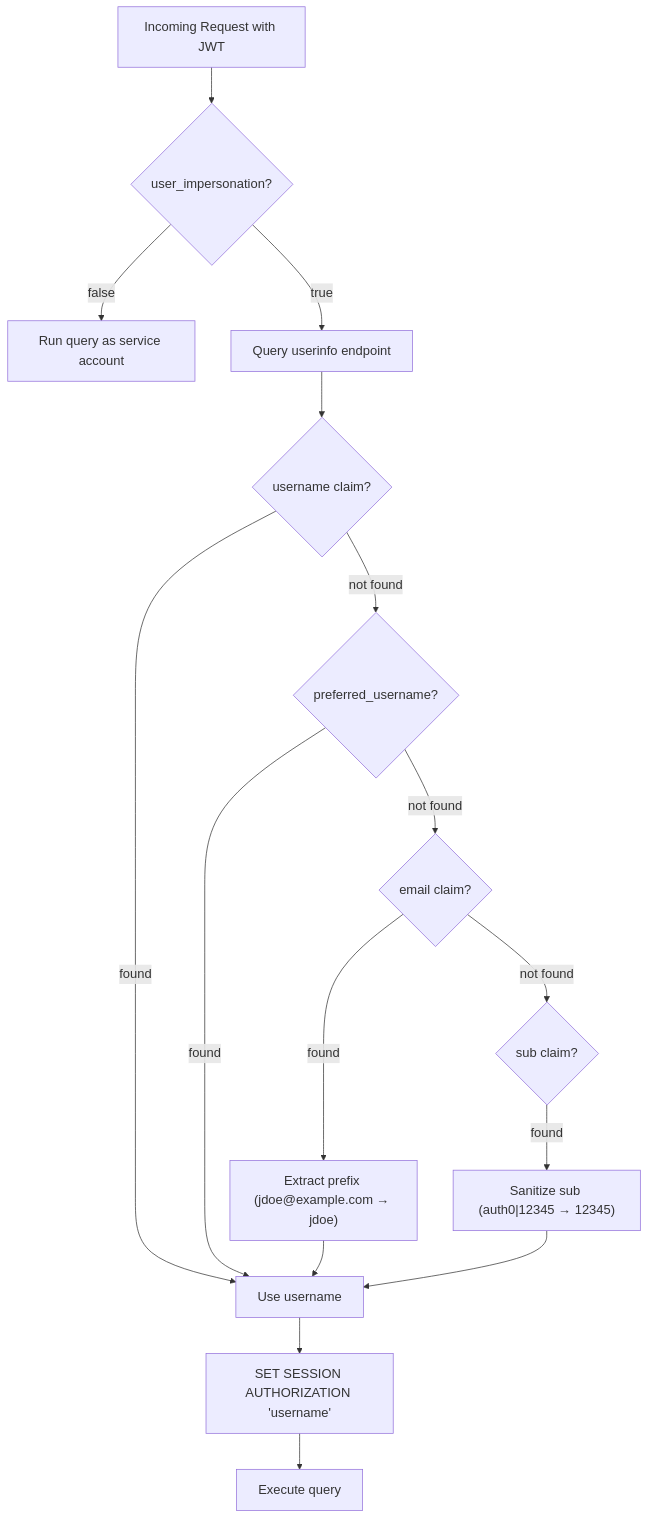
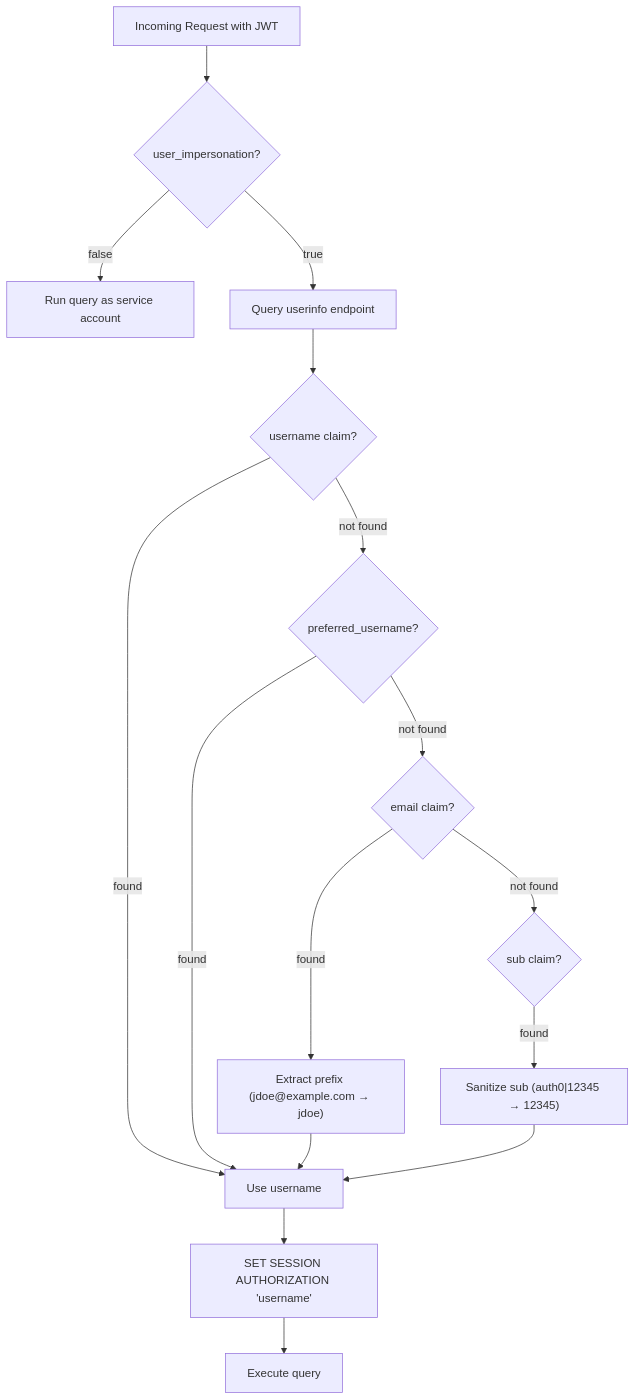
The second of 2 diagrams in docs/authentication/index.md (ActianCorp/mcp-server-docs), drawn with Mermaid before and after one commit. The commit also changed 20 other files, not shown here.

````diff
--- a/docs/authentication/index.md
+++ b/docs/authentication/index.md
@@ -94,19 +94,19 @@
 ```mermaid
-%%{init: {'theme': 'default', 'themeVariables': {'fontSize': '18px', 'fontFamily': 'arial'}}}%%
+%%{init: {'theme': 'default', 'themeVariables': {'fontSize': '16px', 'fontFamily': 'arial'}}}%%
 flowchart TD
     A[Incoming Request with JWT] --> B{user_impersonation?}
     B -- false --> C[Run query as service account]
     B -- true --> D[Query userinfo endpoint]
     D --> E{username claim?}
     E -- found --> K[Use username]
     E -- not found --> F{preferred_username?}
     F -- found --> K
     F -- not found --> G{email claim?}
     G -- found --> H["Extract prefix (jdoe@example.com → jdoe)"]
     H --> K
     G -- not found --> I{sub claim?}
     I -- found --> J["Sanitize sub (auth0|12345 → 12345)"]
     J --> K
     K --> L["SET SESSION AUTHORIZATION 'username'"]
     L --> M[Execute query]
 ```
````
